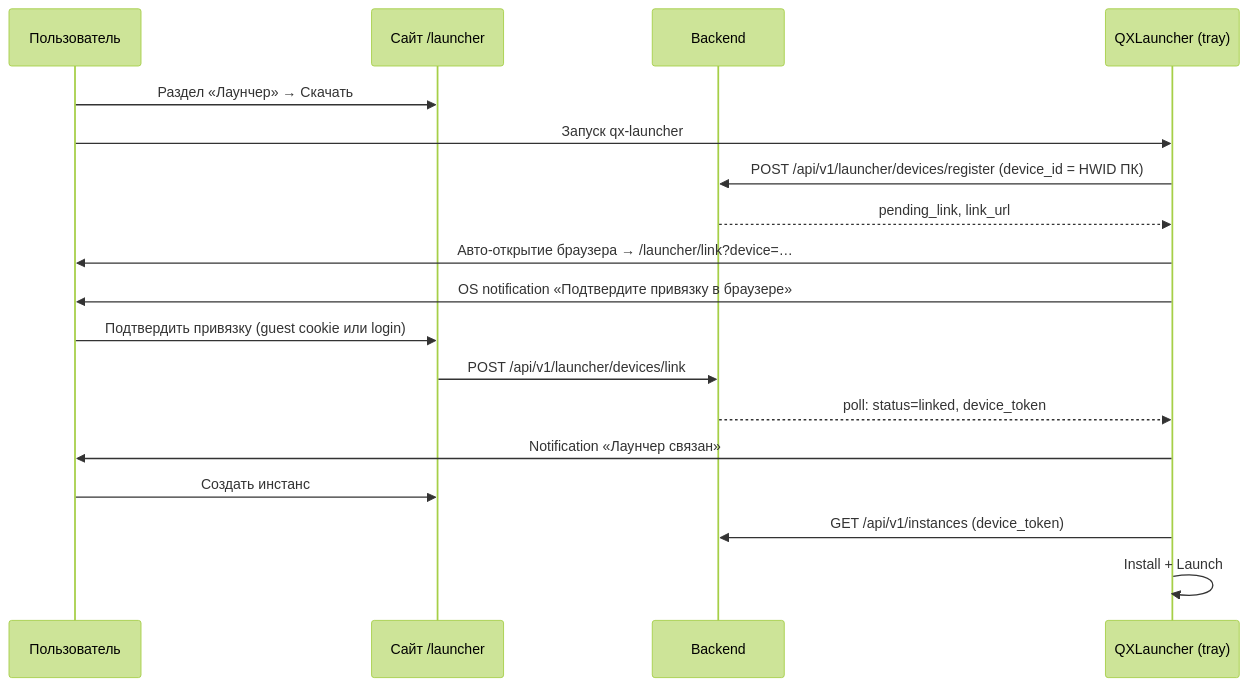
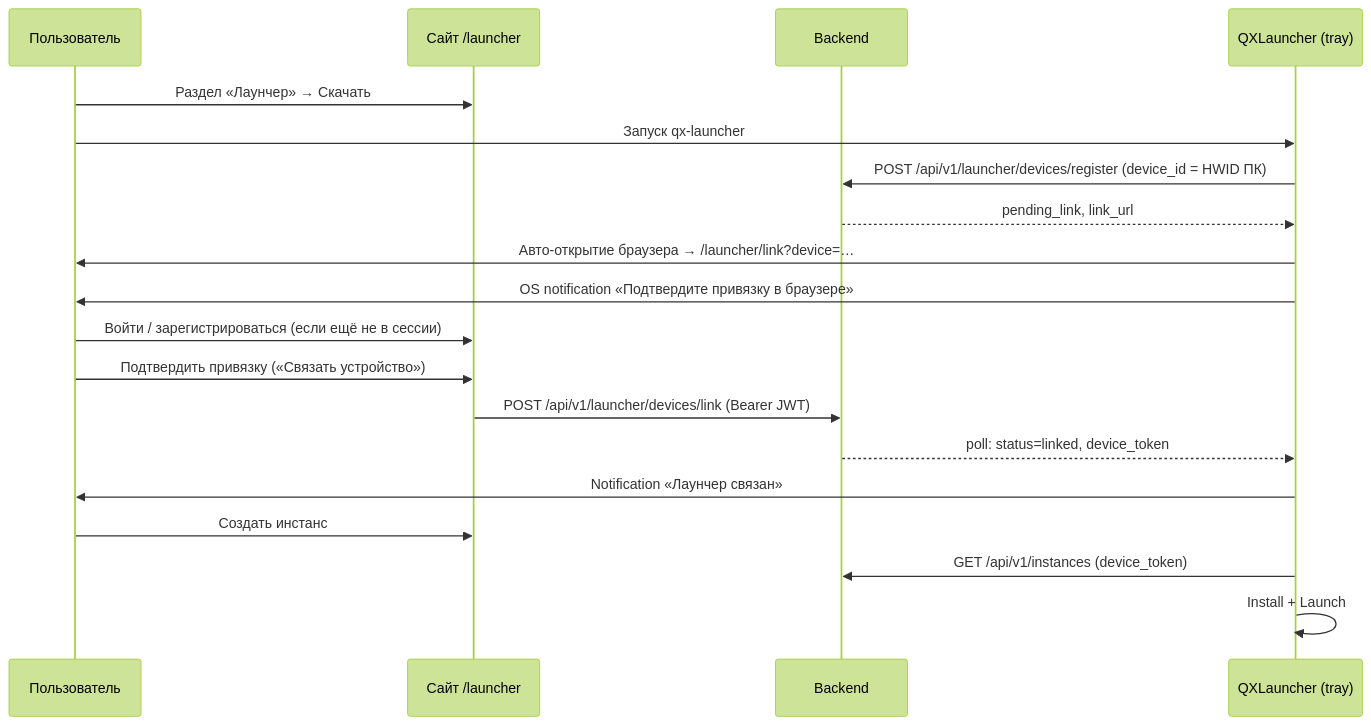
One commit to mindevis/qx-project changed the first of 3 diagrams in docs/device-linking.md. Above: the diagram before and after it, drawn with Mermaid (forest theme). The commit also changed other lines of this file and 51 other files, not shown here.

````diff
--- a/docs/device-linking.md
+++ b/docs/device-linking.md
@@ -26,21 +26,22 @@
 ```mermaid
 sequenceDiagram
     participant U as Пользователь
     participant Web as Сайт /launcher
     participant API as Backend
     participant L as QXLauncher (tray)
 
     U->>Web: Раздел «Лаунчер» → Скачать
     U->>L: Запуск qx-launcher
     L->>API: POST /api/v1/launcher/devices/register (device_id = HWID ПК)
     API-->>L: pending_link, link_url
     L->>U: Авто-открытие браузера → /launcher/link?device=…
     L->>U: OS notification «Подтвердите привязку в браузере»
-    U->>Web: Подтвердить привязку (guest cookie или login)
-    Web->>API: POST /api/v1/launcher/devices/link
+    U->>Web: Войти / зарегистрироваться (если ещё не в сессии)
+    U->>Web: Подтвердить привязку («Связать устройство»)
+    Web->>API: POST /api/v1/launcher/devices/link (Bearer JWT)
     API-->>L: poll: status=linked, device_token
     L->>U: Notification «Лаунчер связан»
     U->>Web: Создать инстанс
     L->>API: GET /api/v1/instances (device_token)
     L->>L: Install + Launch
 ```
````
